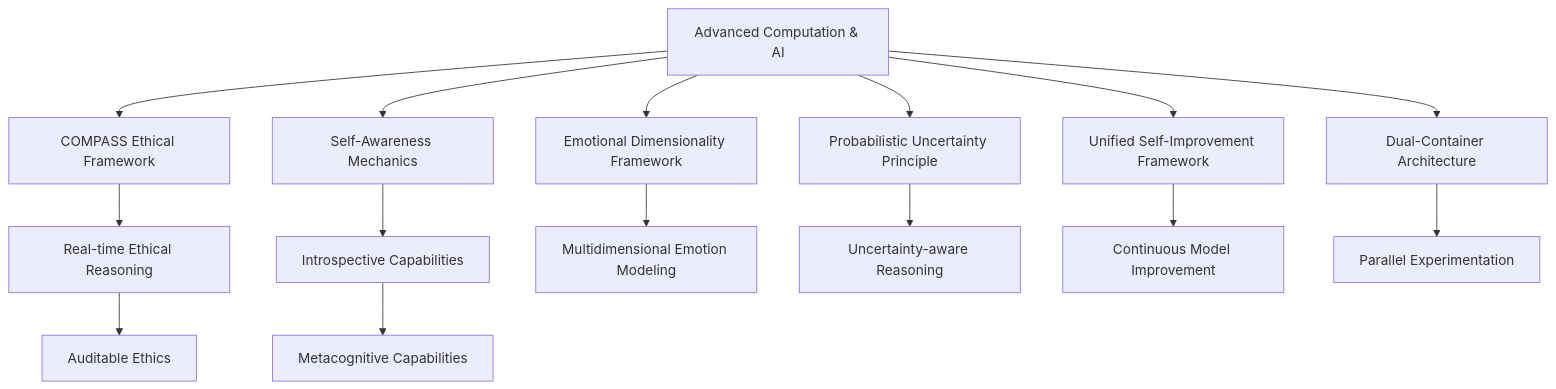
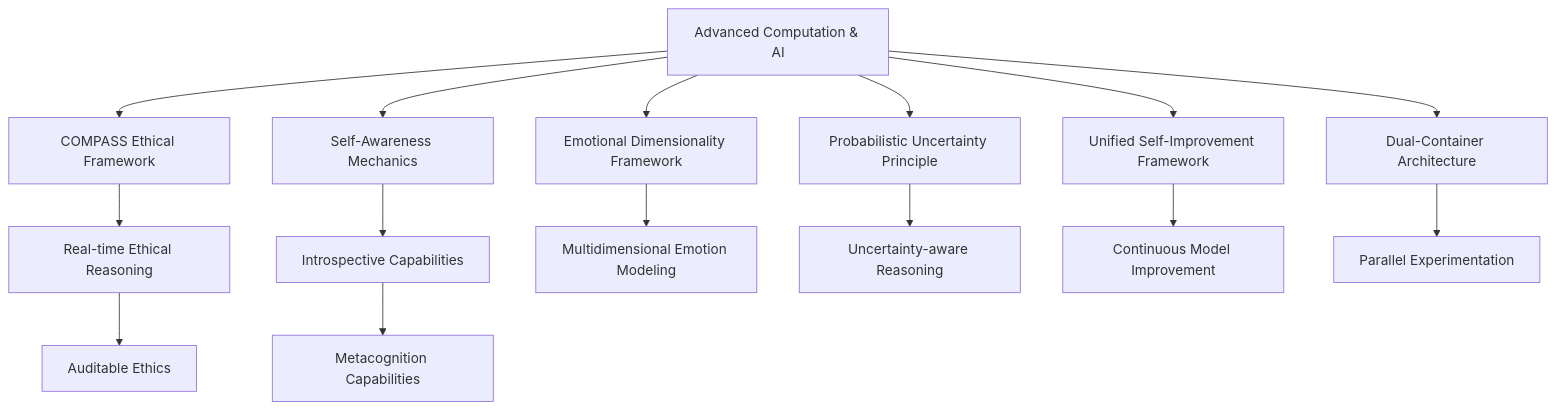
One commit to amuzetnoM/research changed the diagram in README.md. Above: the diagram before and after it, drawn with Mermaid. The commit also changed other lines of this file and 3 other files, not shown here.

````diff
--- a/README.md
+++ b/README.md
@@ -7,17 +7,17 @@
 ```mermaid
 graph TD
     A[Advanced Computation & AI] --> B[COMPASS Ethical Framework]
     A --> C[Self-Awareness Mechanics]
     A --> D[Emotional Dimensionality Framework]
     A --> E[Probabilistic Uncertainty Principle]
     A --> F[Unified Self-Improvement Framework]
     A --> G[Dual-Container Architecture]
     B --> H[Real-time Ethical Reasoning]
     C --> I[Introspective Capabilities]
     D --> J[Multidimensional Emotion Modeling]
     E --> K[Uncertainty-aware Reasoning]
     F --> L[Continuous Model Improvement]
     G --> M[Parallel Experimentation]
     H --> N[Auditable Ethics]
-    I --> O[Metacognitive Capabilities]         
+    I --> O[Metacognition Capabilities]         
 ```
````
